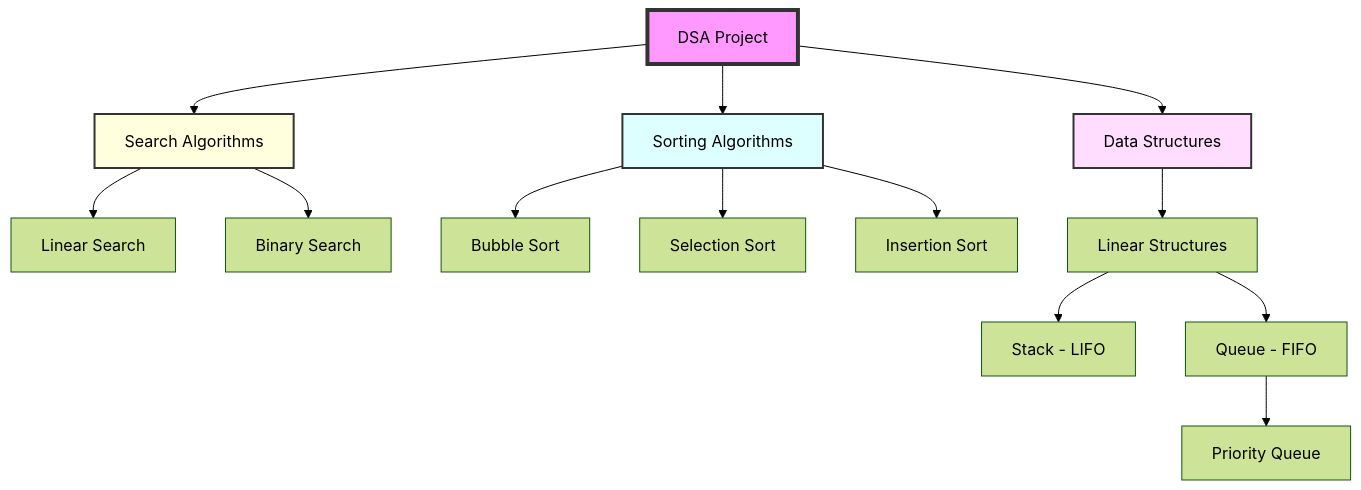
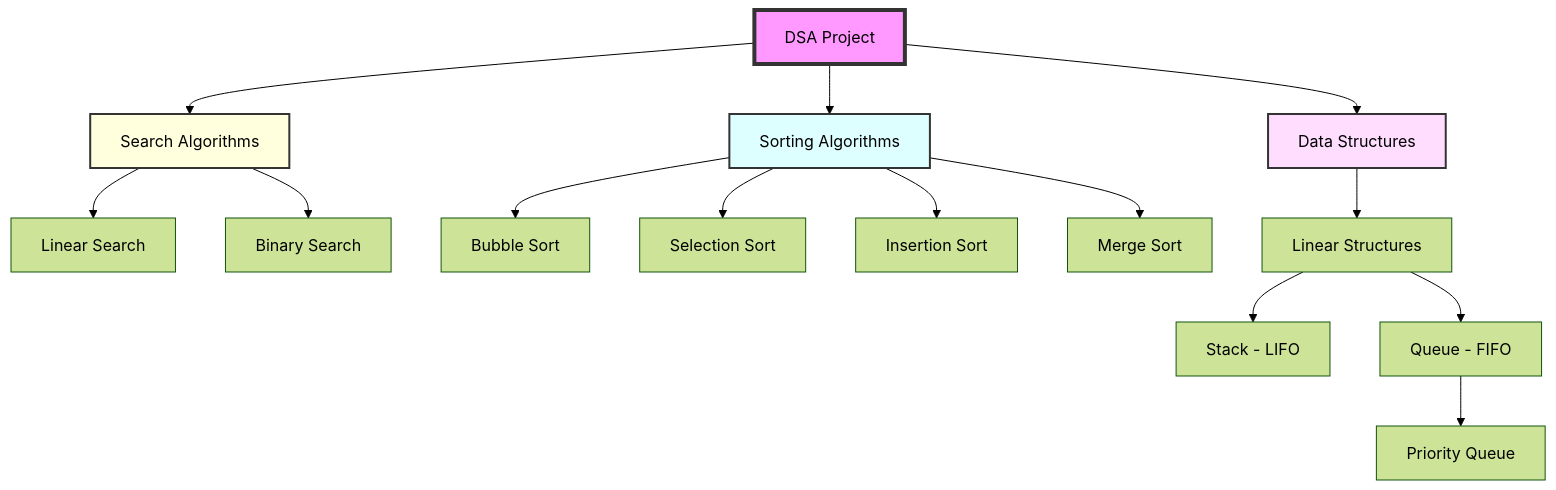
The diagram in README.md (ahmedGHtarek0/Data-Structure), drawn with Mermaid (forest theme) before and after one commit. The commit also changed other lines of this file and 3 other files, not shown here.

Commit message:
Add Merge Sort guide and update main README

````diff
--- a/README.md
+++ b/README.md
@@ -8,23 +8,24 @@
 ```mermaid
 graph TD
     DSA[DSA Project] --> Search[Search Algorithms]
     DSA --> Sort[Sorting Algorithms]
     DSA --> DS[Data Structures]
     
     Search --> LS[Linear Search]
     Search --> BS[Binary Search]
     
     Sort --> BSort[Bubble Sort]
     Sort --> SSort[Selection Sort]
     Sort --> ISort[Insertion Sort]
+    Sort --> MSort[Merge Sort]
     
     DS --> Linear[Linear Structures]
     Linear --> S[Stack - LIFO]
     Linear --> Q[Queue - FIFO]
     Q --> PQ[Priority Queue]
     
     style DSA fill:#f9f,stroke:#333,stroke-width:4px
     style Search fill:#ffd,stroke:#333,stroke-width:2px
     style Sort fill:#dff,stroke:#333,stroke-width:2px
     style DS fill:#fdf,stroke:#333,stroke-width:2px
 ```
````
